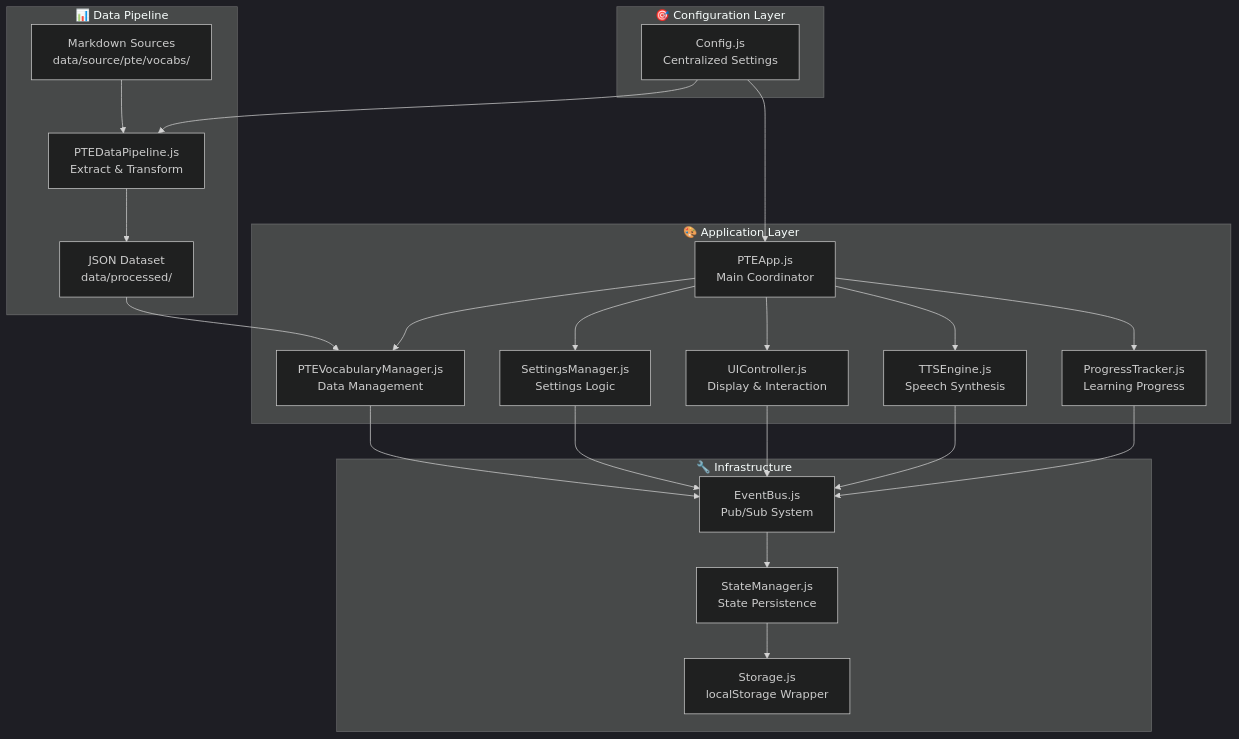
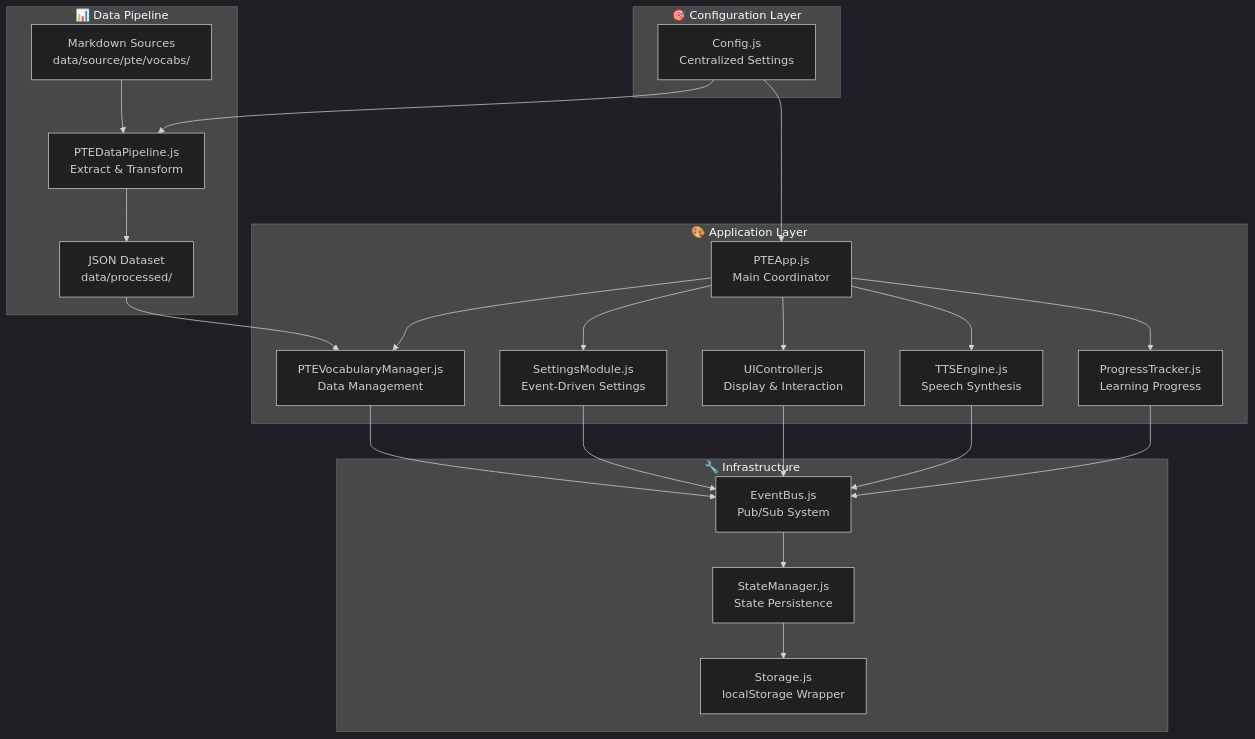
Before and after one commit to david3xu/ccl-pronunciation-trainer: the first of 4 diagrams in docs/ARCHITECTURE.md, drawn with Mermaid (dark theme). The commit also changed other lines of this file and 3 other files, not shown here.

First line of the commit message:
docs: Update documentation for event-driven architecture

````diff
--- a/docs/ARCHITECTURE.md
+++ b/docs/ARCHITECTURE.md
@@ -19,48 +19,48 @@
 ```mermaid
 graph TB
     subgraph "🎯 Configuration Layer"
         CONFIG[Config.js<br/>Centralized Settings]
     end
 
     subgraph "📊 Data Pipeline"
         SOURCE[Markdown Sources<br/>data/source/pte/vocabs/]
         PIPELINE[PTEDataPipeline.js<br/>Extract & Transform]
         DATASET[JSON Dataset<br/>data/processed/]
     end
 
     subgraph "🎨 Application Layer"
         APP[PTEApp.js<br/>Main Coordinator]
         VOCAB[PTEVocabularyManager.js<br/>Data Management]
-        SETTINGS[SettingsManager.js<br/>Settings Logic]
+        SETTINGS[SettingsModule.js<br/>Event-Driven Settings]
         UI[UIController.js<br/>Display & Interaction]
         TTS[TTSEngine.js<br/>Speech Synthesis]
         PROGRESS[ProgressTracker.js<br/>Learning Progress]
     end
 
     subgraph "🔧 Infrastructure"
         EVENTS[EventBus.js<br/>Pub/Sub System]
         STATE[StateManager.js<br/>State Persistence]
         STORAGE[Storage.js<br/>localStorage Wrapper]
     end
 
     CONFIG --> PIPELINE
     CONFIG --> APP
     SOURCE --> PIPELINE
     PIPELINE --> DATASET
     DATASET --> VOCAB
     
     APP --> VOCAB
     APP --> SETTINGS
     APP --> UI
     APP --> TTS
     APP --> PROGRESS
     
     VOCAB --> EVENTS
     SETTINGS --> EVENTS
     UI --> EVENTS
     TTS --> EVENTS
     PROGRESS --> EVENTS
     
     EVENTS --> STATE
     STATE --> STORAGE
 ```
````
